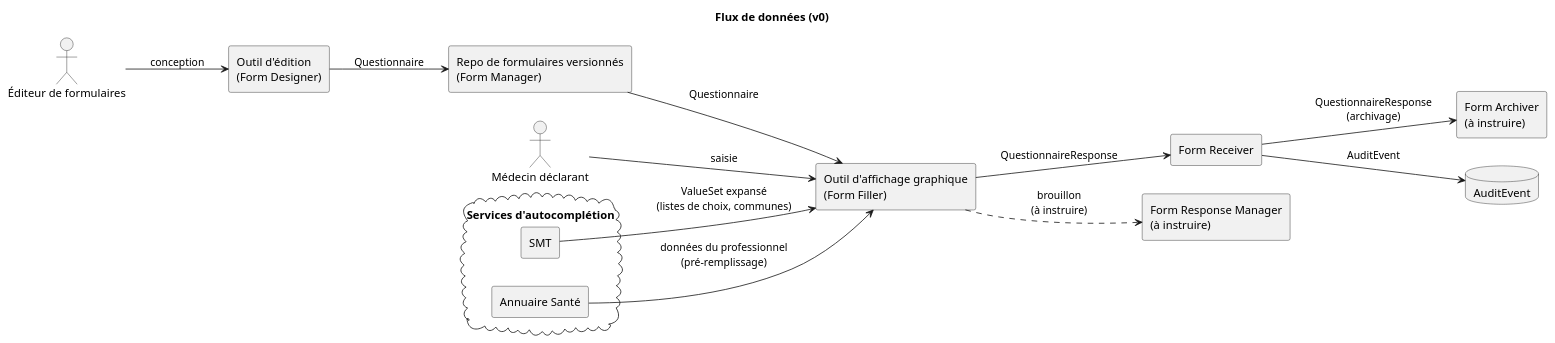
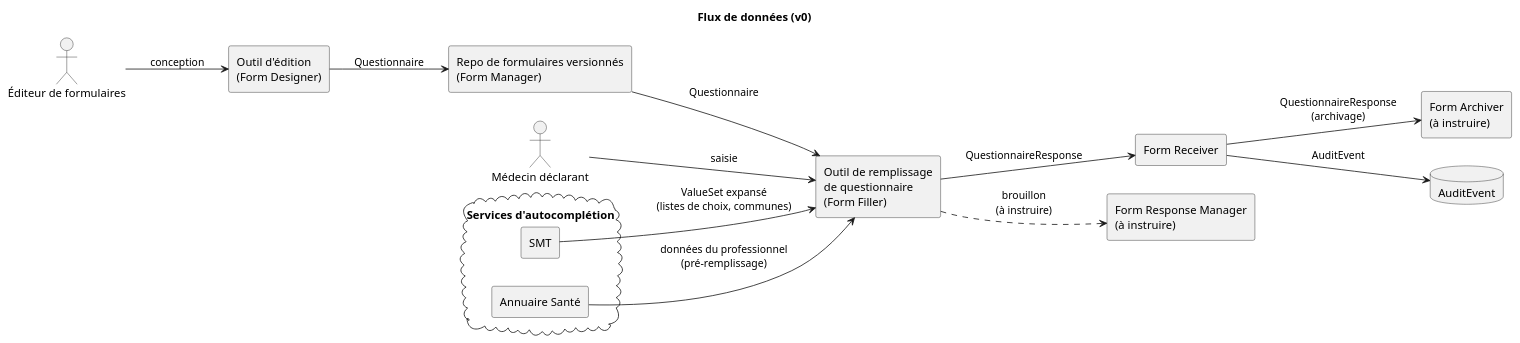
Before and after one commit to nriss/ig-test-dmso: the diagram in input/images-source/architecture-flux-donnees.plantuml, drawn with PlantUML. The commit also changed 4 other files, not shown here.

Commit message:
Architecture : séparation outil d'édition / outil de remplissage, case Gestionnaire de questionnaires, AuditEvent

```diff
--- a/input/images-source/architecture-flux-donnees.plantuml
+++ b/input/images-source/architecture-flux-donnees.plantuml
@@ -1,33 +1,33 @@
 @startuml
 ' Version 0 - à améliorer
 title Flux de données (v0)
 
 left to right direction
 
 actor "Éditeur de formulaires" as ED
 actor "Médecin déclarant" as PS
 
 rectangle "Outil d'édition\n(Form Designer)" as FD
 rectangle "Repo de formulaires versionnés\n(Form Manager)" as FM
-rectangle "Outil d'affichage graphique\n(Form Filler)" as FF
+rectangle "Outil de remplissage\nde questionnaire\n(Form Filler)" as FF
 rectangle "Form Receiver" as FR
 rectangle "Form Response Manager\n(à instruire)" as FRM
 rectangle "Form Archiver\n(à instruire)" as FA
 database "AuditEvent" as AUD
 
 cloud "Services d'autocomplétion" as AC {
   rectangle "SMT" as SMT
   rectangle "Annuaire Santé" as ANN
 }
 
 ED --> FD : conception
 FD --> FM : Questionnaire
 FM --> FF : Questionnaire
 PS --> FF : saisie
 SMT --> FF : ValueSet expansé\n(listes de choix, communes)
 ANN --> FF : données du professionnel\n(pré-remplissage)
 FF --> FR : QuestionnaireResponse
 FF ..> FRM : brouillon\n(à instruire)
 FR --> FA : QuestionnaireResponse\n(archivage)
 FR --> AUD : AuditEvent
 @enduml
```
